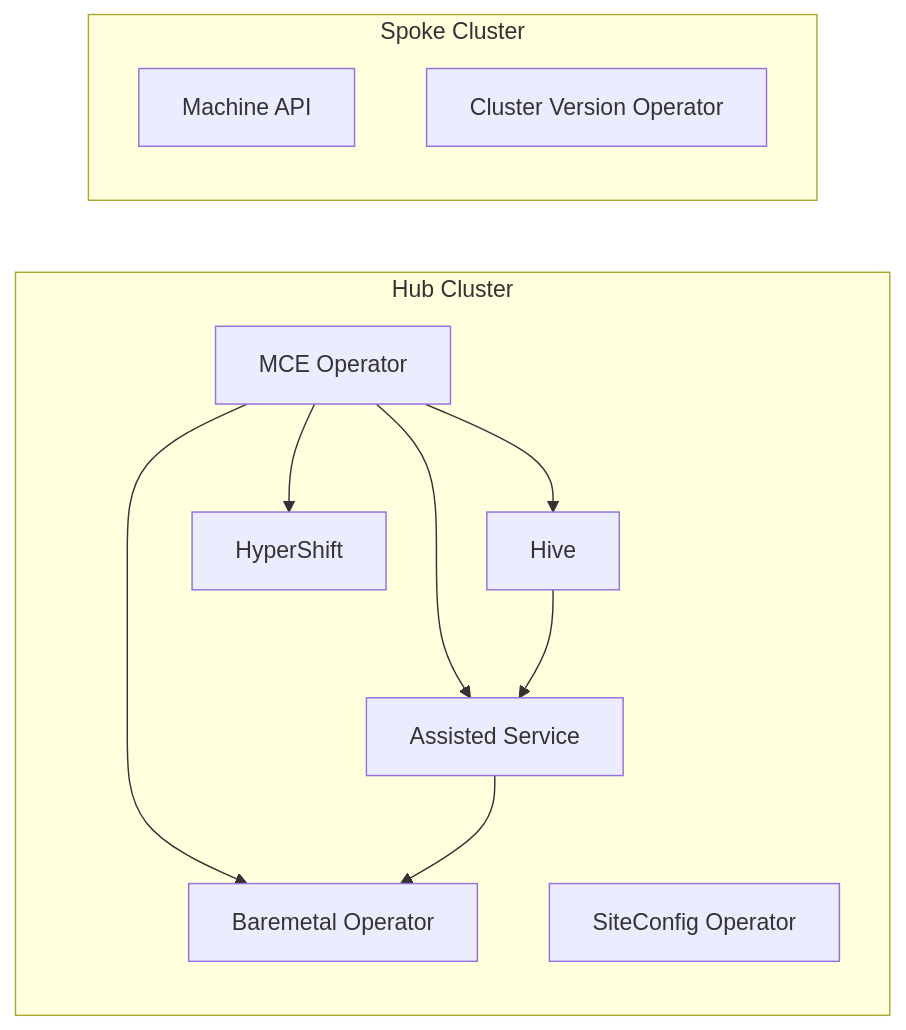
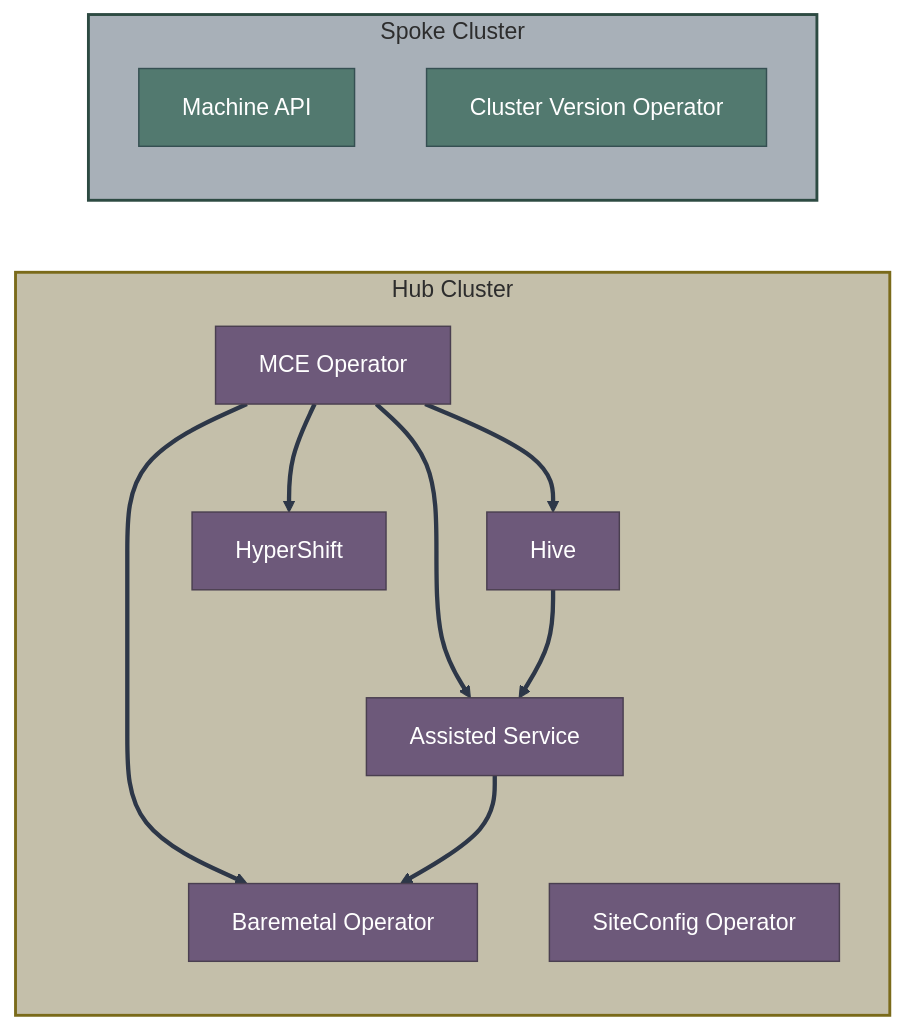
The diagram in README.md (zszabo-rh/openshift-install-guide), drawn with Mermaid before and after one commit. The commit also changed 16 other files, not shown here.

Commit message:
improved diagram style

````diff
--- a/README.md
+++ b/README.md
@@ -73,23 +73,37 @@
 ```mermaid
 graph LR
-    subgraph "Hub Cluster"
+    subgraph hub["Hub Cluster"]
         MCE[MCE Operator]
         HIVE[Hive]
         ASSISTED[Assisted Service]
         BMO[Baremetal Operator]
         HYPERSHIFT[HyperShift]
         SITECONFIG[SiteConfig Operator]
     end
     
-    subgraph "Spoke Cluster"
+    subgraph spoke["Spoke Cluster"]
         MACHINE_API[Machine API]
         CVO[Cluster Version Operator]
     end
     
     MCE --> HIVE
     MCE --> ASSISTED
     MCE --> BMO
     MCE --> HYPERSHIFT
     HIVE --> ASSISTED
     ASSISTED --> BMO
+    
+    style MCE fill:#6d597a,stroke:#4a3f50,color:#fff
+    style HIVE fill:#6d597a,stroke:#4a3f50,color:#fff
+    style ASSISTED fill:#6d597a,stroke:#4a3f50,color:#fff
+    style BMO fill:#6d597a,stroke:#4a3f50,color:#fff
+    style HYPERSHIFT fill:#6d597a,stroke:#4a3f50,color:#fff
+    style SITECONFIG fill:#6d597a,stroke:#4a3f50,color:#fff
+    style MACHINE_API fill:#52796f,stroke:#354f52,color:#fff
+    style CVO fill:#52796f,stroke:#354f52,color:#fff
+    
+    style hub fill:#c4bfaa,stroke:#7a6a1a,stroke-width:2px,color:#2d2d2d
+    style spoke fill:#a8b0b8,stroke:#2d4a42,stroke-width:2px,color:#2d2d2d
+    
+    linkStyle default stroke:#2d3748,stroke-width:3px
 ```
````
